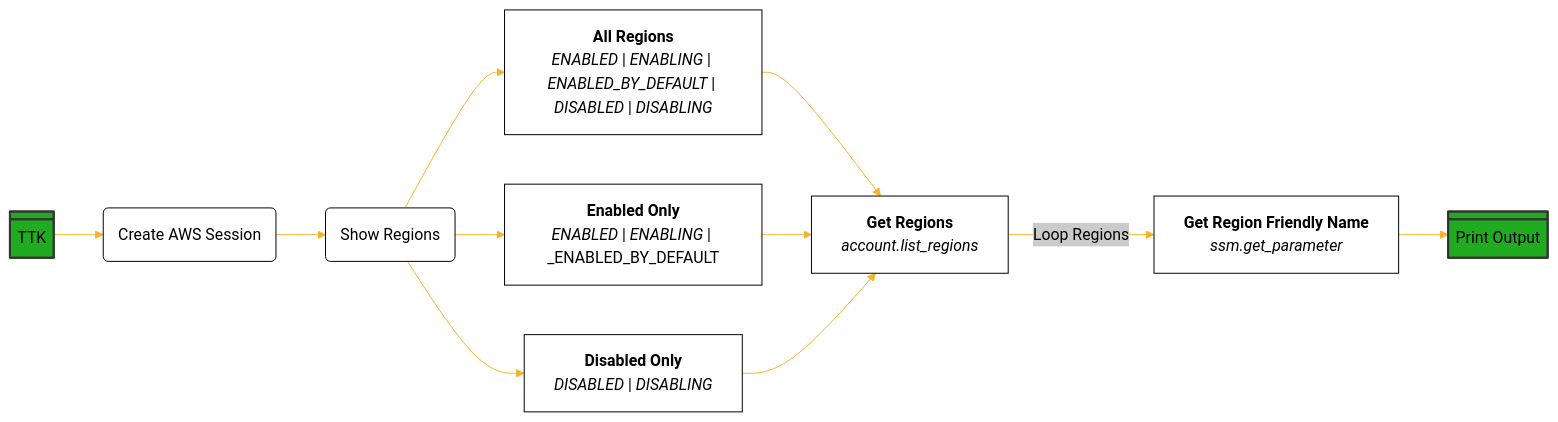
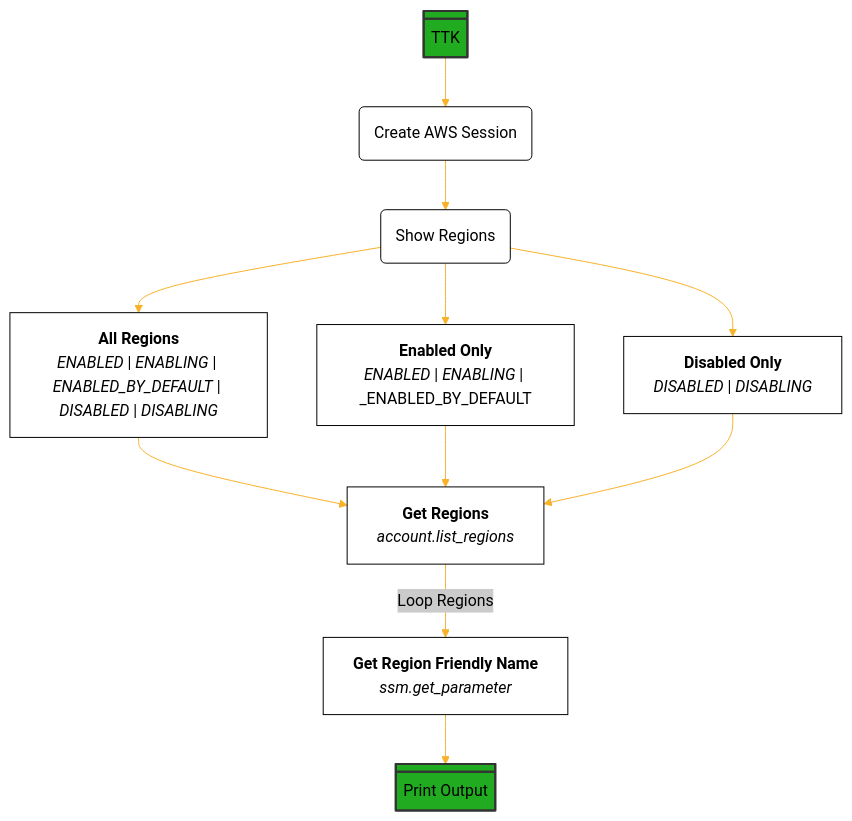
One commit to ssailor/aws-tinkerer-toolkit changed the second of 6 diagrams in README.md. Above: the diagram before and after it, drawn with Mermaid. The commit also changed other lines of this file, not shown here.

Commit message:
Removing explicit mermaid chart direction

````diff
--- a/README.md
+++ b/README.md
@@ -155,51 +155,51 @@
 ```mermaid
 ---
 config:
   theme: 'base'
   themeVariables:
     primaryColor: '#FFFFFF'
     primaryTextColor: '#000000'
     primaryBorderColor: '#000000'
     lineColor: '#F8B229'
     secondaryColor: '#FFFFFF'
     tertiaryColor: '#FFFFFF'
     edgeLabelBackground: '#CBCBCB'
 ---
-flowchart LR
+flowchart
         %% Define Objects
         start@{ shape: div-rect, label: "TTK" }
         id1(Create AWS Session)
         id2(Show Regions)
 
         id3["`**All Regions**
          _ENABLED_ | _ENABLING_ | _ENABLED_BY_DEFAULT_ | _DISABLED_ | _DISABLING_`"]
 
         id4["`**Enabled Only**
          _ENABLED_ | _ENABLING_ | _ENABLED_BY_DEFAULT`"]
 
 
        id5["`**Disabled Only**
         _DISABLED_ | _DISABLING_`"]
 
        id6["`**Get Regions**
        _account.list_regions_`"]
 
        id7["`**Get Region Friendly Name**
        _ssm.get_parameter_`"]
 
         exit["`Print Output`"]@{shape: div-rect}
 
 
         %% Connect Objects
         start -->id1
         id1 --> id2
         id2 --> id3 & id4 & id5
         id3 & id4 & id5 --> id6
         id6 --Loop Regions --> id7
         id7 --> exit
 
 
         %% Define Override styles
         classDef green fill:#20ab20ff,stroke:#333,stroke-width:2px;
         class start,exit green
 ```
````
